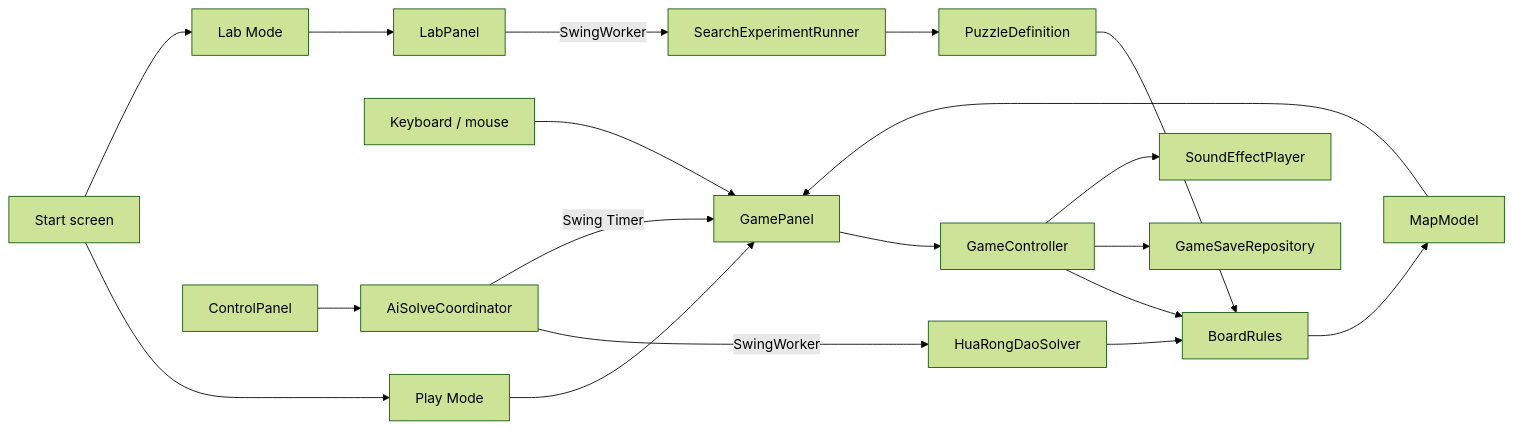
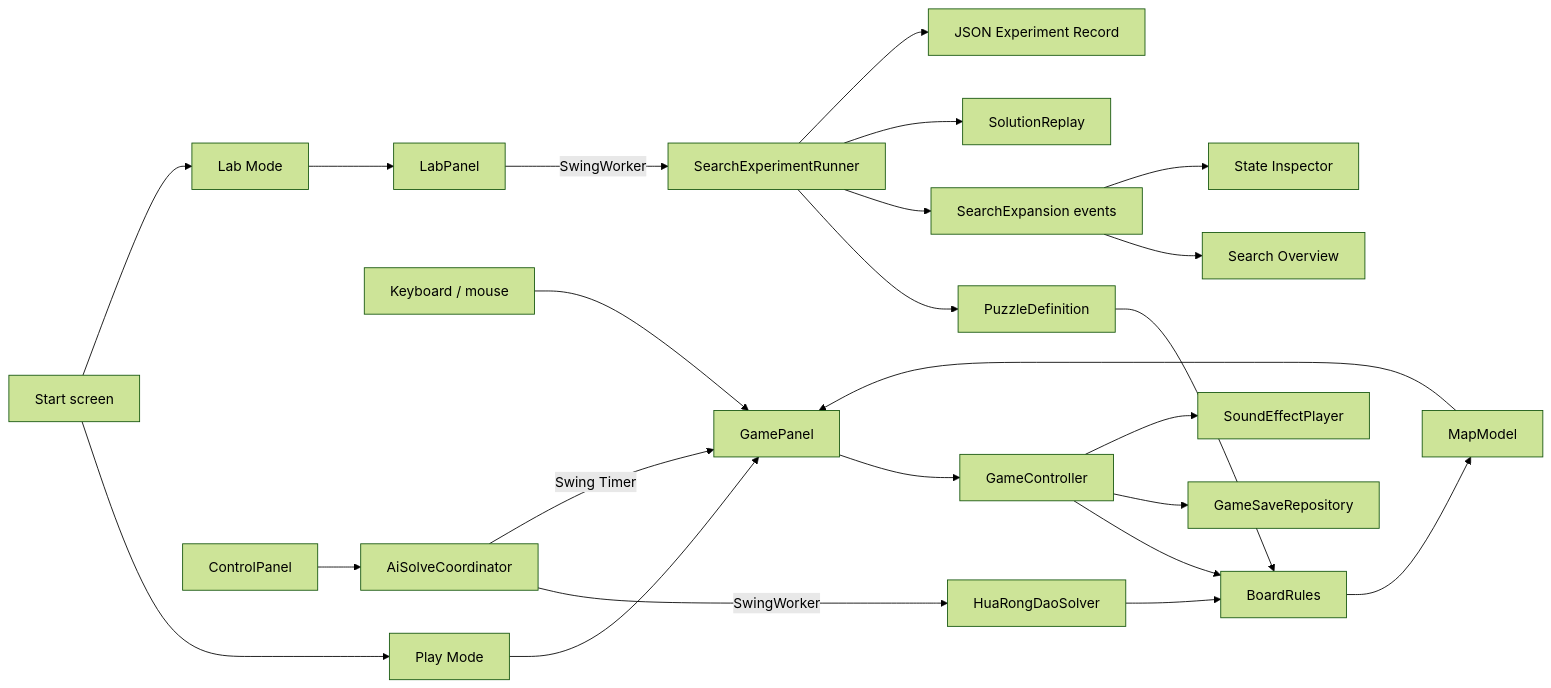
One commit to solovesonxi/KlotskiPuzzle changed the diagram in docs/ARCHITECTURE.md. Above: the diagram before and after it, drawn with Mermaid (forest theme). The commit also changed other lines of this file and 50 other files, not shown here.

````diff
--- a/docs/ARCHITECTURE.md
+++ b/docs/ARCHITECTURE.md
@@ -7,21 +7,26 @@
 ```mermaid
 flowchart LR
     Start["Start screen"] --> Play["Play Mode"]
     Start --> Lab["Lab Mode"]
     Input["Keyboard / mouse"] --> GamePanel
     Play --> GamePanel
     GamePanel --> GameController
     GameController --> BoardRules
     BoardRules --> MapModel
     MapModel --> GamePanel
     ControlPanel --> AiSolveCoordinator
     AiSolveCoordinator -->|"SwingWorker"| Solver["HuaRongDaoSolver"]
     Solver --> BoardRules
     AiSolveCoordinator -->|"Swing Timer"| GamePanel
     GameController --> SaveRepository["GameSaveRepository"]
     GameController --> SoundPlayer["SoundEffectPlayer"]
     Lab --> LabPanel
     LabPanel -->|"SwingWorker"| ExperimentRunner["SearchExperimentRunner"]
     ExperimentRunner --> PuzzleDefinition
     PuzzleDefinition --> BoardRules
+    ExperimentRunner --> SearchExpansion["SearchExpansion events"]
+    SearchExpansion --> SearchOverview["Search Overview"]
+    SearchExpansion --> StateInspector["State Inspector"]
+    ExperimentRunner --> SolutionReplay
+    ExperimentRunner --> ExperimentRecord["JSON Experiment Record"]
 ```
````
